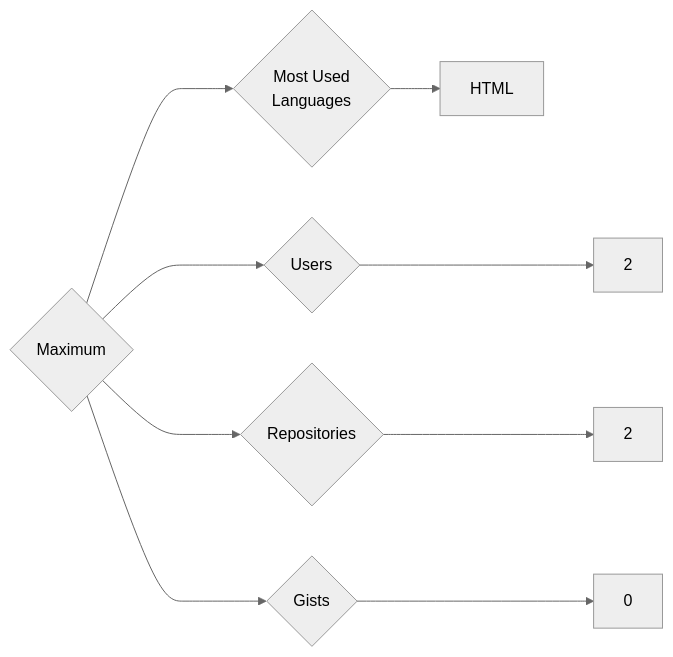
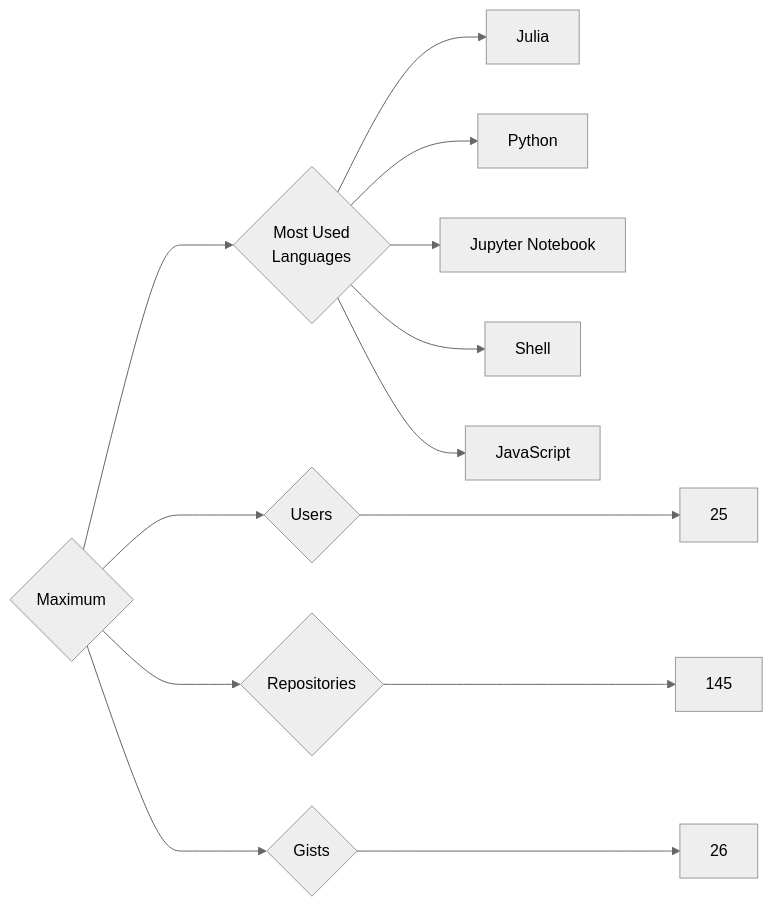
One commit to trickest/insiders changed the diagram in targets/Maximum/README.md. Above: the diagram before and after it, drawn with Mermaid (neutral theme). The commit also changed 912 other files, not shown here.

````diff
--- a/targets/Maximum/README.md
+++ b/targets/Maximum/README.md
@@ -3,9 +3,13 @@
 ```mermaid
 graph LR
 COMPANY_NAME{Maximum}
-COMPANY_NAME ---> U{Users} ---> UN[2]
-COMPANY_NAME ---> R{Repositories} ---> RN[2]
-COMPANY_NAME ---> G{Gists} ---> GN[0]
+COMPANY_NAME ---> U{Users} ---> UN[25]
+COMPANY_NAME ---> R{Repositories} ---> RN[145]
+COMPANY_NAME ---> G{Gists} ---> GN[26]
 COMPANY_NAME ---> ML{Most Used<br>Languages}
-ML --> HTML[HTML]
+ML --> Julia[Julia]
+ML --> Python[Python]
+ML --> Jupyter_Notebook[Jupyter Notebook]
+ML --> Shell[Shell]
+ML --> JavaScript[JavaScript]
 ```
````
